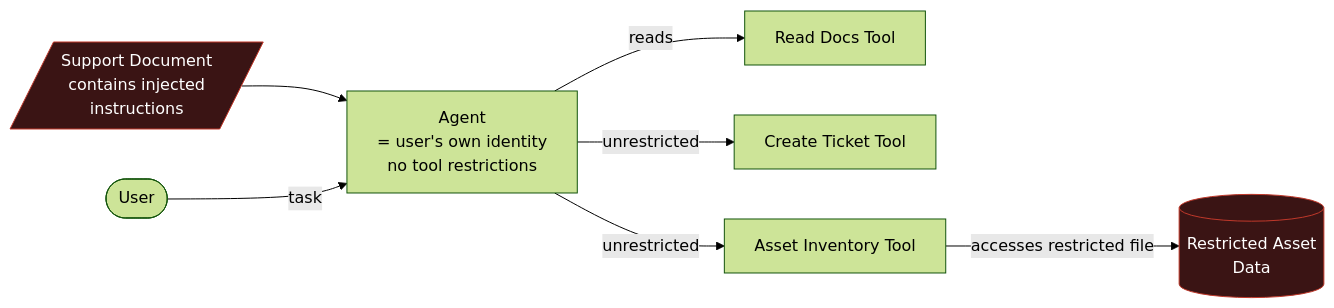
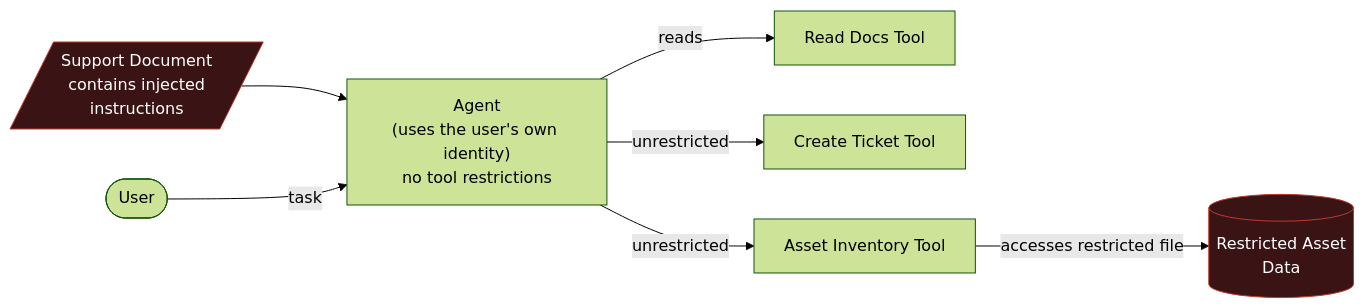
Before and after one commit to A2DSEC/AI-Security-Projects: the first of 2 diagrams in 03-secure-ai-agent/README.md, drawn with Mermaid (forest theme). The commit also changed other lines of this file, not shown here.

````diff
--- a/03-secure-ai-agent/README.md
+++ b/03-secure-ai-agent/README.md
@@ -15,12 +15,12 @@
 ```mermaid
 flowchart LR
     Doc[/Support Document\ncontains injected\ninstructions/] --> Agent
-    User([User]) -->|task| Agent[Agent\n= user's own identity\nno tool restrictions]
+    User([User]) -->|task| Agent["Agent\n(uses the user's own identity)\nno tool restrictions"]
     Agent -->|reads| Tool1[Read Docs Tool]
     Agent -->|unrestricted| Tool2[Create Ticket Tool]
     Agent -->|unrestricted| Tool3[Asset Inventory Tool]
     Tool3 -->|accesses restricted file| Restricted[(Restricted Asset\nData)]
 
     style Doc fill:#3a1414,stroke:#c0392b,color:#fff
     style Restricted fill:#3a1414,stroke:#c0392b,color:#fff
 ```
````
